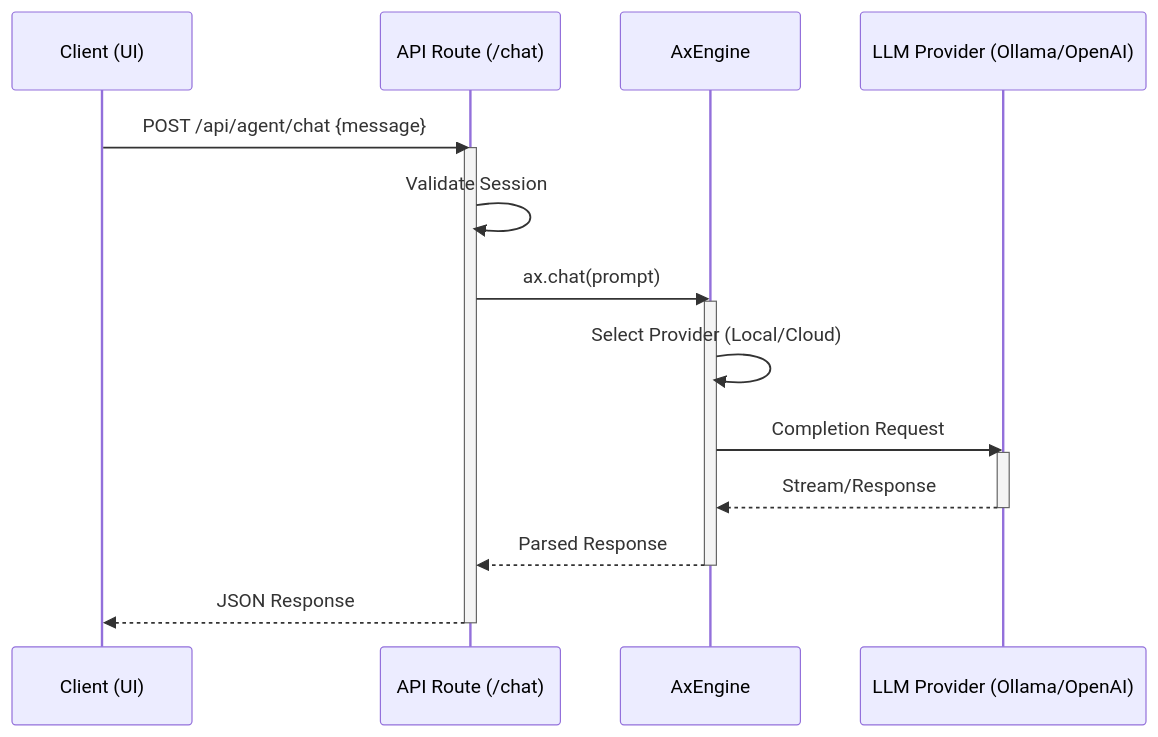
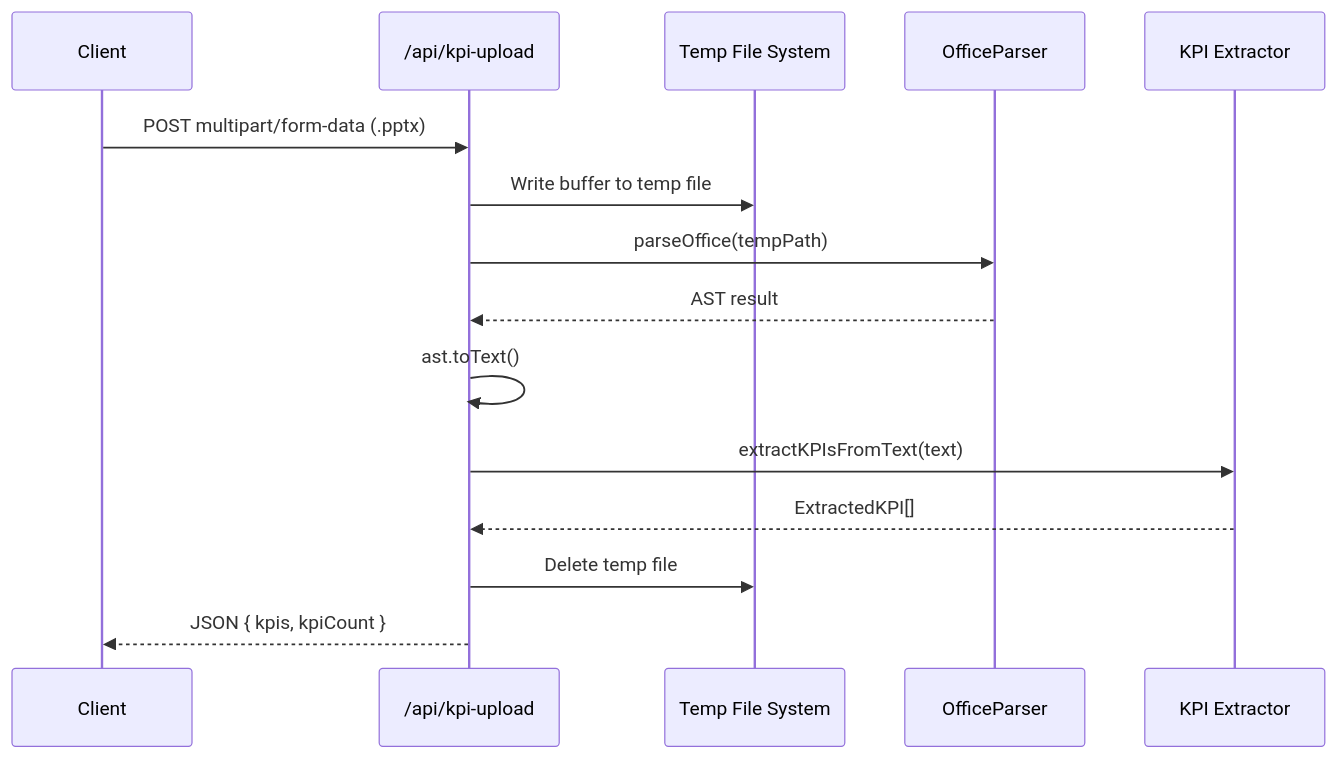
One commit to astra-ssj/CISO changed the first of 2 diagrams in docs/LOW_LEVEL_DESIGN.md. Above: the diagram before and after it, drawn with Mermaid. The commit also changed other lines of this file and 3 other files, not shown here.

````diff
--- a/docs/LOW_LEVEL_DESIGN.md
+++ b/docs/LOW_LEVEL_DESIGN.md
@@ -44,22 +131,18 @@
 ```mermaid
 sequenceDiagram
-    participant C as Client (UI)
-    participant API as API Route (/chat)
-    participant E as AxEngine
-    participant LLM as LLM Provider (Ollama/OpenAI)
+    participant C as Client
+    participant API as /api/kpi-upload
+    participant FS as Temp File System
+    participant OP as OfficeParser
+    participant EX as KPI Extractor
 
-    C->>API: POST /api/agent/chat {message}
-    activate API
-    API->>API: Validate Session
-    API->>E: ax.chat(prompt)
-    activate E
-    E->>E: Select Provider (Local/Cloud)
-    E->>LLM: Completion Request
-    activate LLM
-    LLM-->>E: Stream/Response
-    deactivate LLM
-    E-->>API: Parsed Response
-    deactivate E
-    API-->>C: JSON Response
-    deactivate API
+    C->>API: POST multipart/form-data (.pptx)
+    API->>FS: Write buffer to temp file
+    API->>OP: parseOffice(tempPath)
+    OP-->>API: AST result
+    API->>API: ast.toText()
+    API->>EX: extractKPIsFromText(text)
+    EX-->>API: ExtractedKPI[]
+    API->>FS: Delete temp file
+    API-->>C: JSON { kpis, kpiCount }
 ```
````
